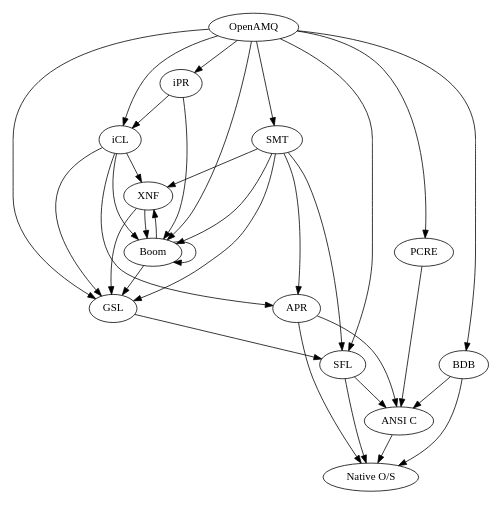
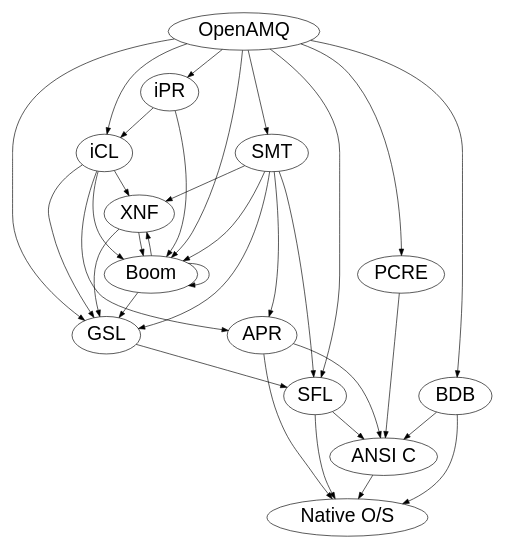
One commit to imatix/openamq changed the diagram in doc/openamq_tools.dot. Above: the diagram before and after it, drawn with Graphviz. The commit also changed 9 other files, not shown here.

```diff
--- a/doc/openamq_tools.dot
+++ b/doc/openamq_tools.dot
@@ -1,40 +1,41 @@
 //  OpenAMQ technology dependency tree
 //  Build using dot
 digraph {
     size = "5,12";
+    node [fontname=Helvetica, fontsize=30];
     OS [label = "Native O/S"];
     C  [label = "ANSI C"];
     C       -> OS;
     SFL     -> OS;
     SFL     -> C;
     APR     -> OS;
     APR     -> C;
     BDB     -> OS;
     BDB     -> C;
     GSL     -> SFL;
     SMT     -> SFL;
     SMT     -> APR;
     SMT     -> XNF;
     SMT     -> Boom;
     SMT     -> GSL;
     XNF     -> GSL;
     XNF     -> Boom;
     iCL     -> XNF;
     iCL     -> Boom;
     iCL     -> APR;
     iCL     -> GSL;
     iPR     -> Boom;
     iPR     -> iCL;
     Boom    -> Boom;
     Boom    -> XNF;
     Boom    -> GSL;
     OpenAMQ -> SMT;
     OpenAMQ -> SFL;
     OpenAMQ -> iCL;
     OpenAMQ -> iPR;
     OpenAMQ -> BDB;
     OpenAMQ -> GSL;
     OpenAMQ -> Boom;
     OpenAMQ -> PCRE;
     PCRE    -> C;
 }
```
